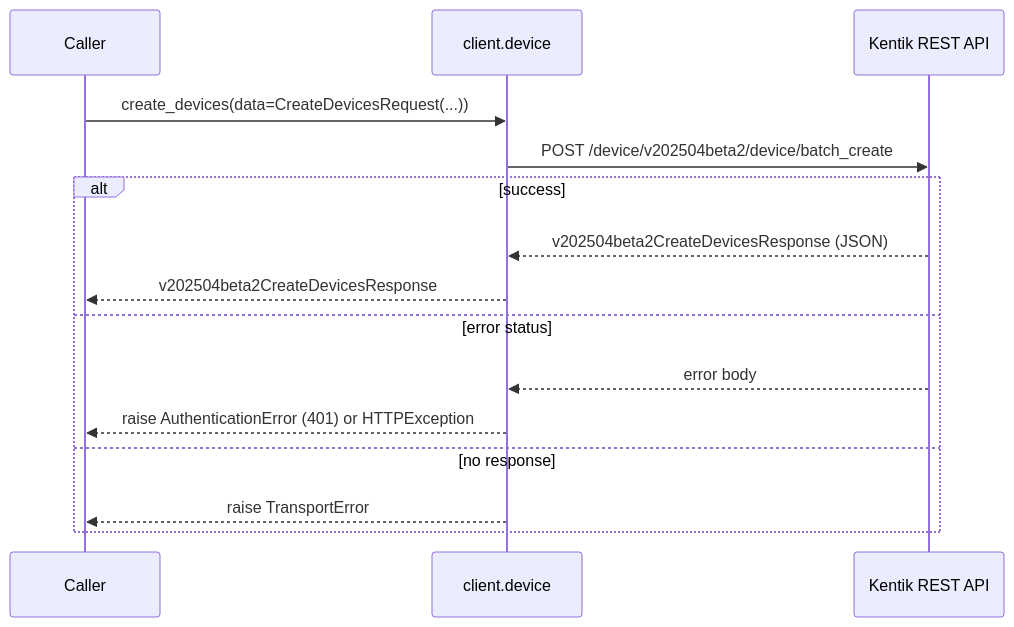
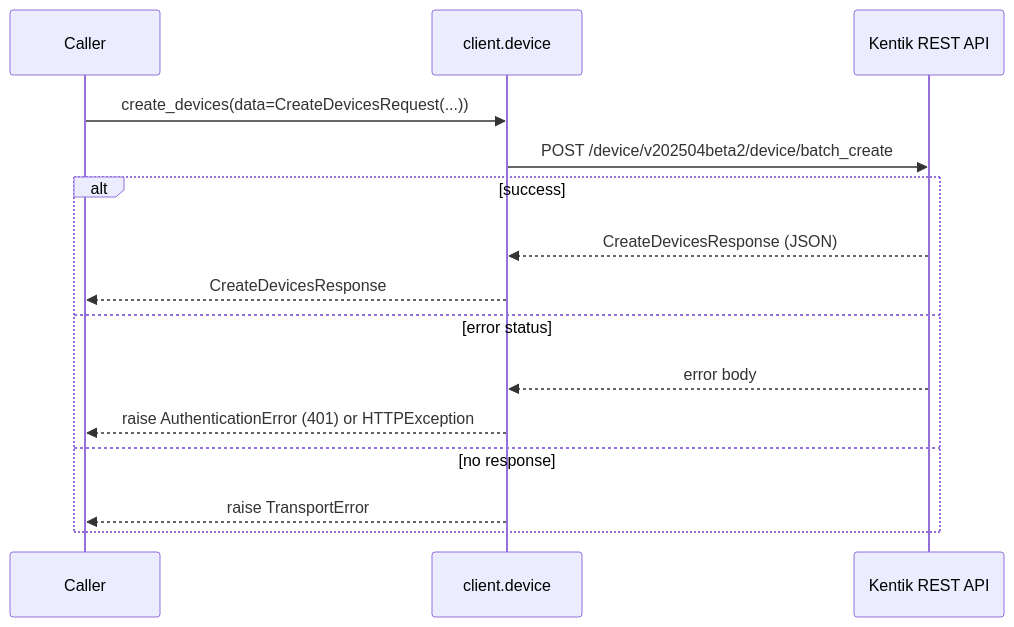
One commit to alexdearaujo/community_sdk_python changed the sixth of 22 diagrams in docs/sphinx/services/device.md. Above: the diagram before and after it, drawn with Mermaid. The commit also changed other lines of this file and 38 other files, not shown here.

````diff
--- a/docs/sphinx/services/device.md
+++ b/docs/sphinx/services/device.md
@@ -189,18 +189,18 @@
 ```mermaid
 sequenceDiagram
     participant C as Caller
     participant W as client.device
     participant API as Kentik REST API
 
     C->>W: create_devices(data=CreateDevicesRequest(...))
     W->>API: POST /device/v202504beta2/device/batch_create
     alt success
-        API-->>W: v202504beta2CreateDevicesResponse (JSON)
-        W-->>C: v202504beta2CreateDevicesResponse
+        API-->>W: CreateDevicesResponse (JSON)
+        W-->>C: CreateDevicesResponse
     else error status
         API-->>W: error body
         W-->>C: raise AuthenticationError (401) or HTTPException
     else no response
         W-->>C: raise TransportError
     end
 ```
````
